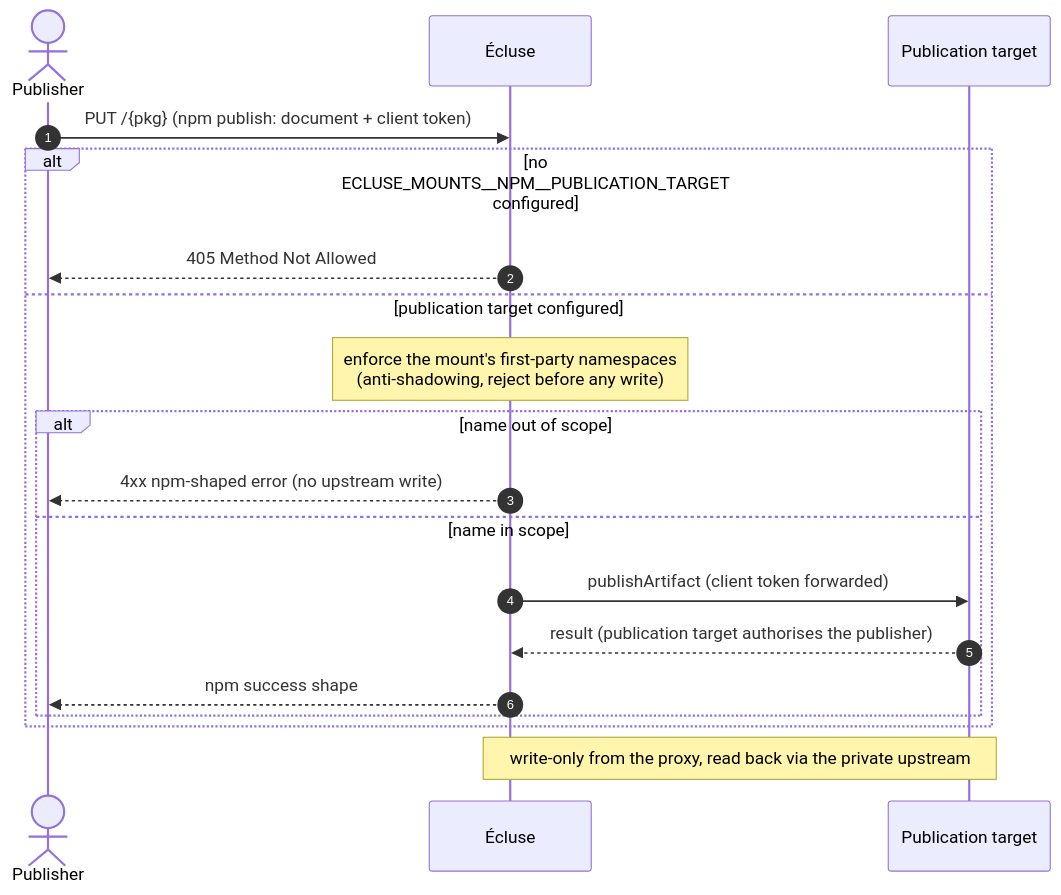
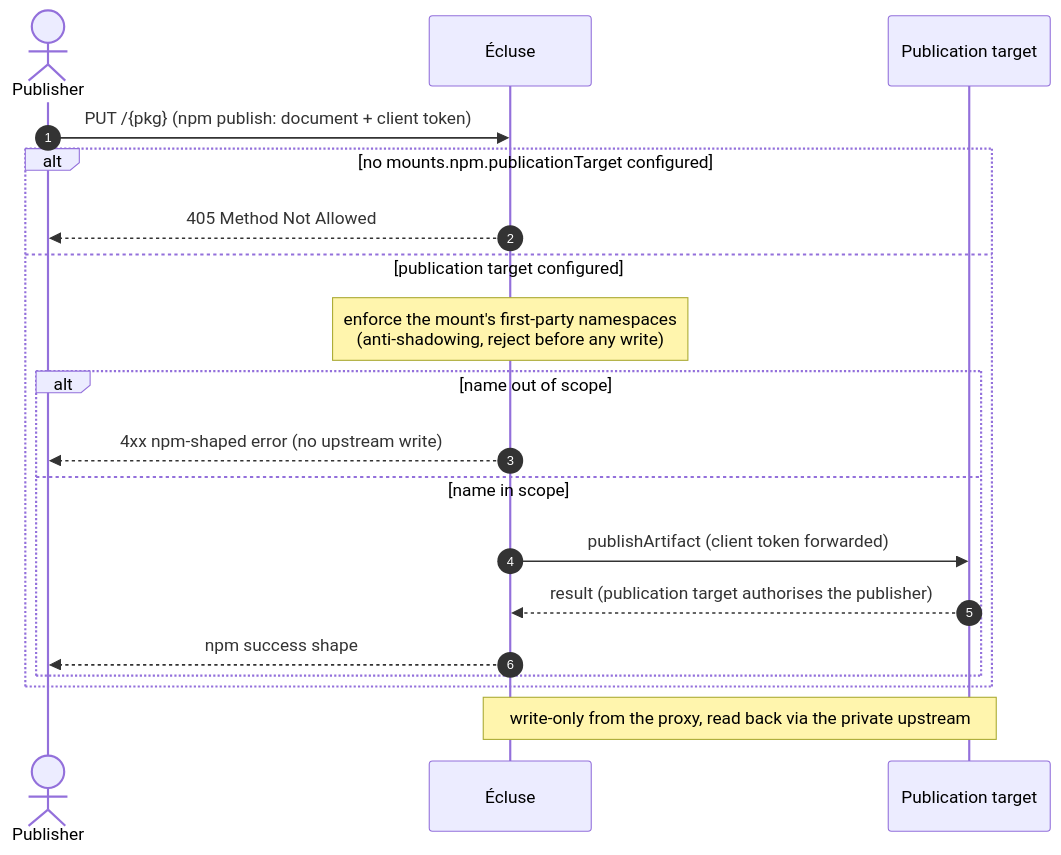
The first of 3 diagrams in docs/architecture/registry-model.md (AlexaDeWit/Ecluse), drawn with Mermaid before and after one commit. The commit also changed other lines of this file and 40 other files, not shown here.

````diff
--- a/docs/architecture/registry-model.md
+++ b/docs/architecture/registry-model.md
@@ -87,22 +87,22 @@
 ```mermaid
 sequenceDiagram
     autonumber
     actor Client as Publisher
     participant E as Écluse
     participant PubT as Publication target
 
     Client->>E: PUT /{pkg} (npm publish: document + client token)
-    alt no ECLUSE_MOUNTS__NPM__PUBLICATION_TARGET configured
+    alt no mounts.npm.publicationTarget configured
         E-->>Client: 405 Method Not Allowed
     else publication target configured
         Note over E: enforce the mount's first-party namespaces<br/>(anti-shadowing, reject before any write)
         alt name out of scope
             E-->>Client: 4xx npm-shaped error (no upstream write)
         else name in scope
             E->>PubT: publishArtifact (client token forwarded)
             PubT-->>E: result (publication target authorises the publisher)
             E-->>Client: npm success shape
         end
     end
     Note over E,PubT: write-only from the proxy, read back via the private upstream
 ```
````
